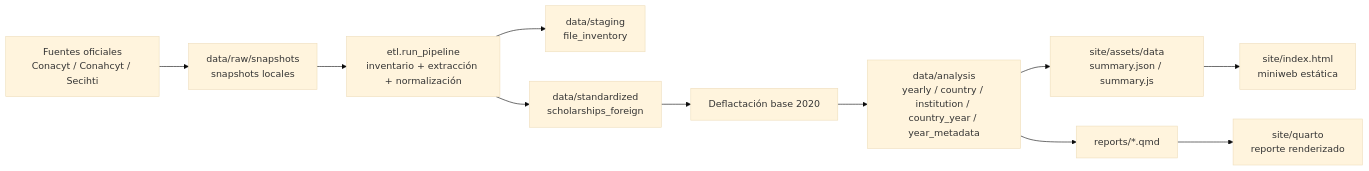
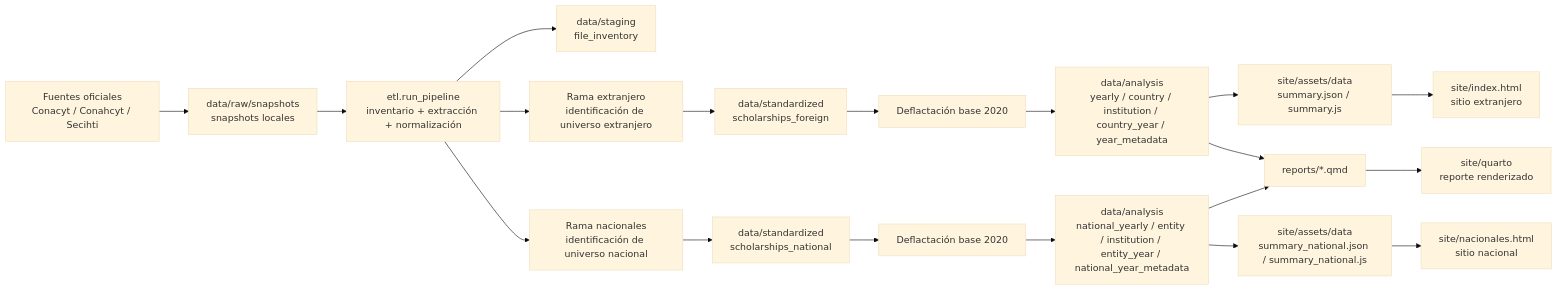
One commit to jmtoral/becas_extranjero_secihti changed the diagram in README.md. Above: the diagram before and after it, drawn with Mermaid (base theme). The commit also changed other lines of this file and 1 other file, not shown here.

Commit message:
Update docs for foreign and national workflows

````diff
--- a/README.md
+++ b/README.md
@@ -101,13 +151,28 @@
 ```mermaid
 flowchart LR
     A["Fuentes oficiales<br/>Conacyt / Conahcyt / Secihti"] --> B["data/raw/snapshots<br/>snapshots locales"]
     B --> C["etl.run_pipeline<br/>inventario + extracción + normalización"]
     C --> D["data/staging<br/>file_inventory"]
-    C --> E["data/standardized<br/>scholarships_foreign"]
-    E --> F["Deflactación base 2020"]
-    F --> G["data/analysis<br/>yearly / country / institution / country_year / year_metadata"]
-    G --> H["site/assets/data<br/>summary.json / summary.js"]
-    H --> I["site/index.html<br/>miniweb estática"]
-    G --> J["reports/*.qmd"]
-    J --> K["site/quarto<br/>reporte renderizado"]
+
+    C --> E["Rama extranjero<br/>identificación de universo extranjero"]
+    C --> F["Rama nacionales<br/>identificación de universo nacional"]
+
+    E --> G["data/standardized<br/>scholarships_foreign"]
+    F --> H["data/standardized<br/>scholarships_national"]
+
+    G --> I["Deflactación base 2020"]
+    H --> J["Deflactación base 2020"]
+
+    I --> K["data/analysis<br/>yearly / country / institution / country_year / year_metadata"]
+    J --> L["data/analysis<br/>national_yearly / entity / institution / entity_year / national_year_metadata"]
+
+    K --> M["site/assets/data<br/>summary.json / summary.js"]
+    L --> N["site/assets/data<br/>summary_national.json / summary_national.js"]
+
+    M --> O["site/index.html<br/>sitio extranjero"]
+    N --> P["site/nacionales.html<br/>sitio nacional"]
+
+    K --> Q["reports/*.qmd"]
+    L --> Q
+    Q --> R["site/quarto<br/>reporte renderizado"]
 ```
````
